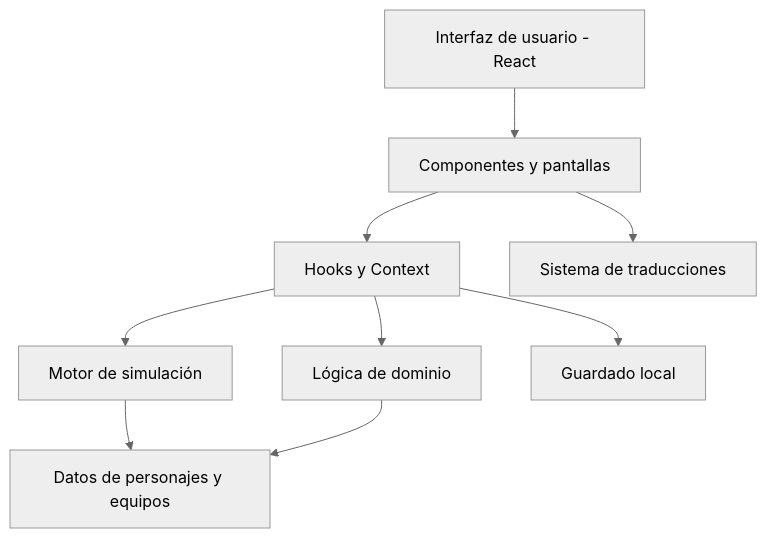
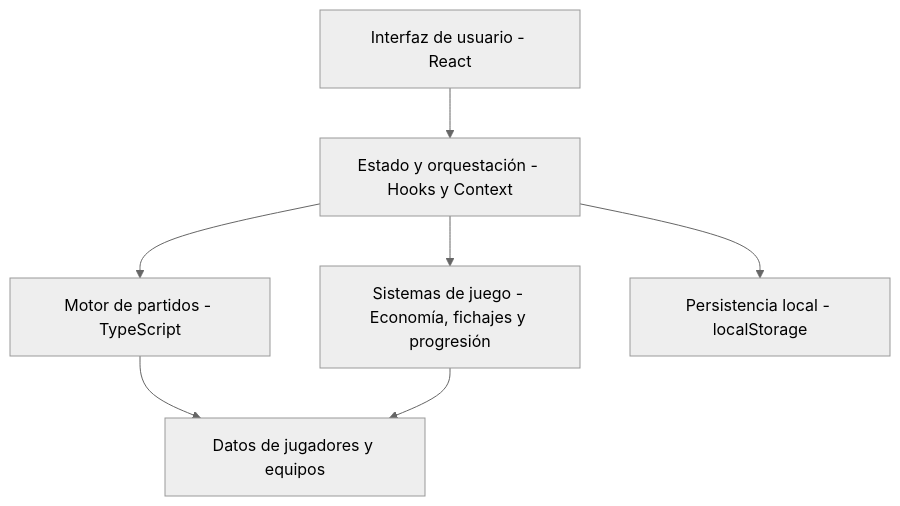
One commit to camu-al/ff-manager changed the diagram in README.md. Above: the diagram before and after it, drawn with Mermaid (neutral theme). The commit also changed other lines of this file, not shown here.

````diff
--- a/README.md
+++ b/README.md
@@ -99,11 +100,9 @@
 ```mermaid
-graph TD
-    A["Interfaz de usuario - React"] --> B["Componentes y pantallas"]
-    B --> C["Hooks y Context"]
-    C --> D["Motor de simulación"]
-    C --> E["Lógica de dominio"]
-    D --> F["Datos de personajes y equipos"]
-    E --> F
-    C --> G["Guardado local"]
-    B --> H["Sistema de traducciones"]
+flowchart TD
+    A["Interfaz de usuario - React"] --> B["Estado y orquestación - Hooks y Context"]
+    B --> C["Motor de partidos - TypeScript"]
+    B --> D["Sistemas de juego - Economía, fichajes y progresión"]
+    C --> E["Datos de jugadores y equipos"]
+    D --> E
+    B --> F["Persistencia local - localStorage"]
 ```
````
